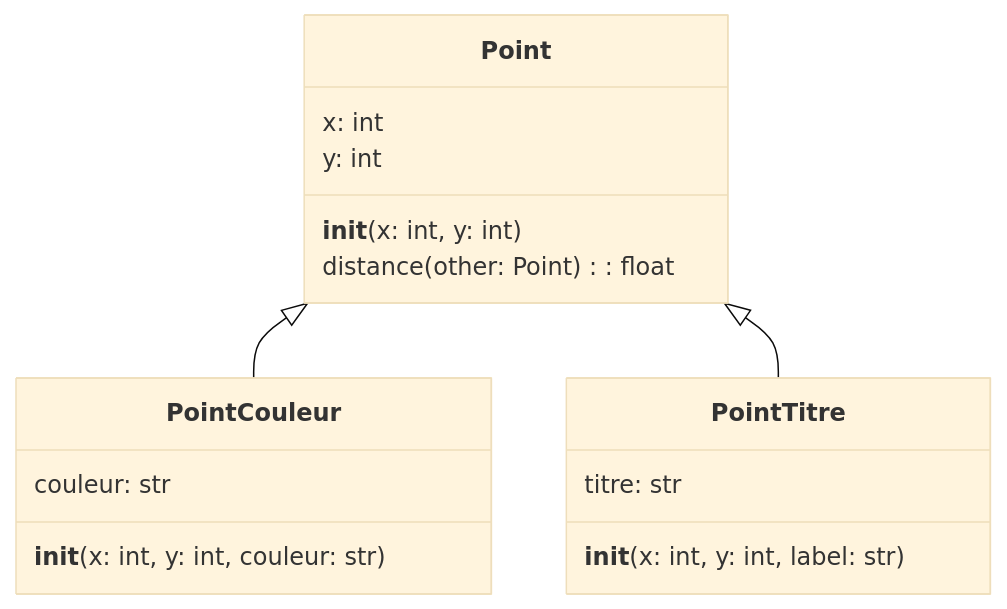
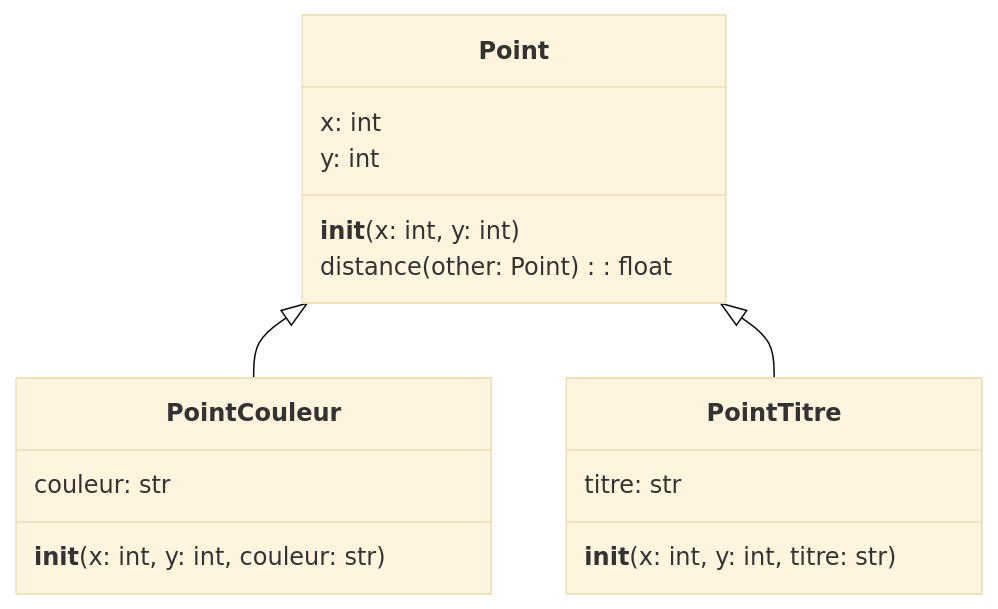
One commit to archambaultv-prof/programmation-python changed the diagram in docs/classes/heritage.mdx. Above: the diagram before and after it, drawn with Mermaid (base theme). The commit also changed other lines of this file and 7 other files, not shown here.

````diff
--- a/docs/classes/heritage.mdx
+++ b/docs/classes/heritage.mdx
@@ -23,22 +23,22 @@
 ```mermaid
 classDiagram
     class Point {
         x: int
         y: int
         __init__(x: int, y: int)
         distance(other: Point): float
     }
 
     class PointCouleur {
         couleur: str
         __init__(x: int, y: int, couleur: str)
     }
 
     class PointTitre {
         titre: str
-        __init__(x: int, y: int, label: str)
+        __init__(x: int, y: int, titre: str)
     }
 
     Point <|-- PointCouleur
     Point <|-- PointTitre
 ```
````
